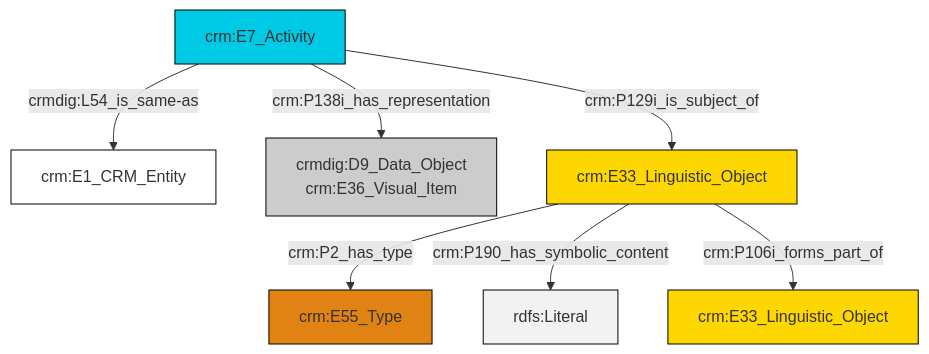
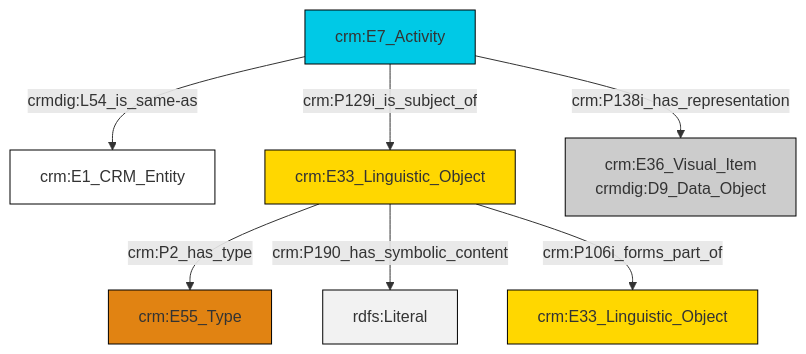
Before and after one commit to swiss-art-research-net/reference-data-models: the diagram in et/eventCSV/ttl/mmd/event_documentation.ttl.mmd, drawn with Mermaid. The commit also changed 124 other files, not shown here.

```diff
--- a/et/eventCSV/ttl/mmd/event_documentation.ttl.mmd
+++ b/et/eventCSV/ttl/mmd/event_documentation.ttl.mmd
@@ -1,21 +1,21 @@
 graph TD
 classDef Literal fill:#f2f2f2,stroke:#000000;
 classDef CRM_Entity fill:#FFFFFF,stroke:#000000;
 classDef Temporal_Entity fill:#00C9E6, stroke:#000000;
 classDef Type fill:#E18312, stroke:#000000;
 classDef Time-Span fill:#2C9C91, stroke:#000000;
 classDef Appellation fill:#FFEB7F, stroke:#000000;
 classDef Place fill:#008836, stroke:#000000;
 classDef Persistent_Item fill:#B266B2, stroke:#000000;
 classDef Conceptual_Object fill:#FFD700, stroke:#000000;
 classDef Physical_Thing fill:#D2B48C, stroke:#000000;
 classDef Actor fill:#f58aad, stroke:#000000;
 classDef PC_Classes fill:#4ce600, stroke:#000000;
 classDef Multi fill:#cccccc,stroke:#000000;
 
-6["crm:E33_Linguistic_Object"]:::Conceptual_Object -->|crm:P2_has_type| 0["crm:E55_Type"]:::Type
-6["crm:E33_Linguistic_Object"]:::Conceptual_Object -->|crm:P190_has_symbolic_content| 7[rdfs:Literal]:::Literal
-9["crm:E7_Activity"]:::Temporal_Entity -->|crm:P129i_is_subject_of| 6["crm:E33_Linguistic_Object"]:::Conceptual_Object
-6["crm:E33_Linguistic_Object"]:::Conceptual_Object -->|crm:P106i_forms_part_of| 12["crm:E33_Linguistic_Object"]:::Conceptual_Object
-9["crm:E7_Activity"]:::Temporal_Entity -->|crm:P138i_has_representation| 4["crmdig:D9_Data_Object<br>crm:E36_Visual_Item"]:::Multi
-9["crm:E7_Activity"]:::Temporal_Entity -->|crmdig:L54_is_same-as| 2["crm:E1_CRM_Entity"]:::CRM_Entity
+0["crm:E7_Activity"]:::Temporal_Entity -->|crmdig:L54_is_same-as| 1["crm:E1_CRM_Entity"]:::CRM_Entity
+2["crm:E33_Linguistic_Object"]:::Conceptual_Object -->|crm:P2_has_type| 3["crm:E55_Type"]:::Type
+2["crm:E33_Linguistic_Object"]:::Conceptual_Object -->|crm:P190_has_symbolic_content| 4[rdfs:Literal]:::Literal
+0["crm:E7_Activity"]:::Temporal_Entity -->|crm:P129i_is_subject_of| 2["crm:E33_Linguistic_Object"]:::Conceptual_Object
+0["crm:E7_Activity"]:::Temporal_Entity -->|crm:P138i_has_representation| 6["crm:E36_Visual_Item<br>crmdig:D9_Data_Object"]:::Multi
+2["crm:E33_Linguistic_Object"]:::Conceptual_Object -->|crm:P106i_forms_part_of| 8["crm:E33_Linguistic_Object"]:::Conceptual_Object
```
